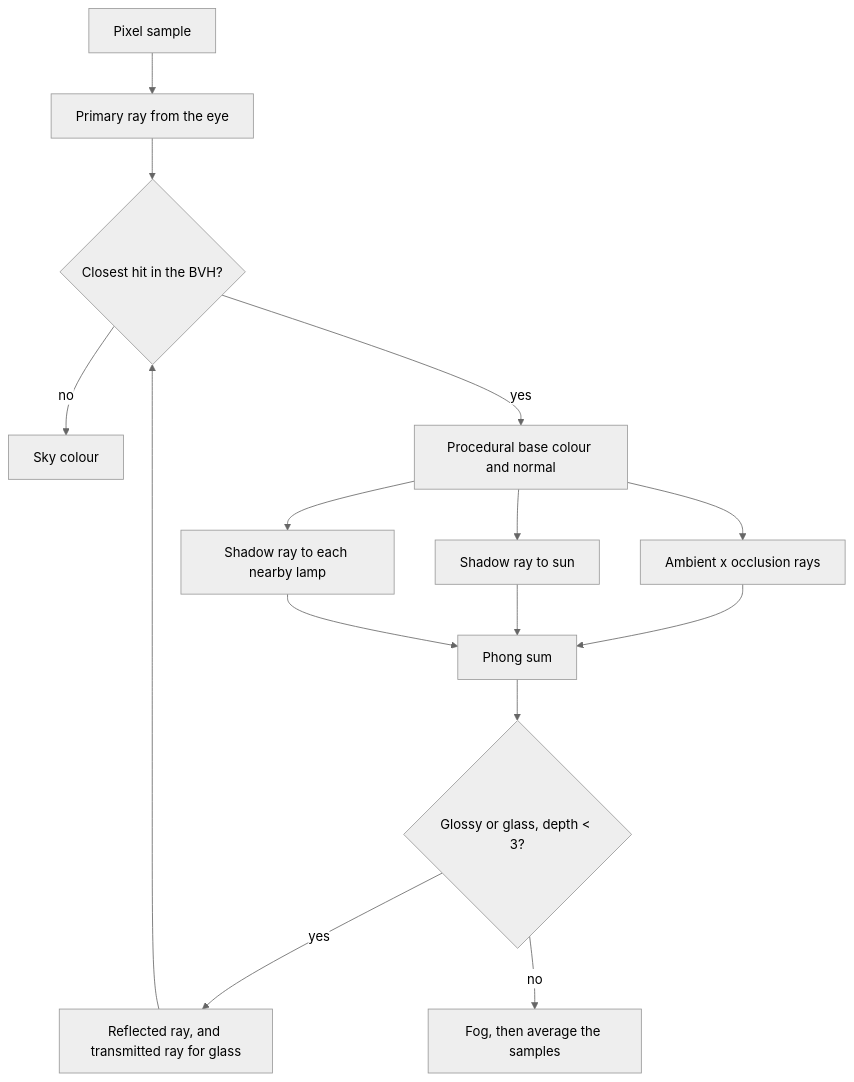
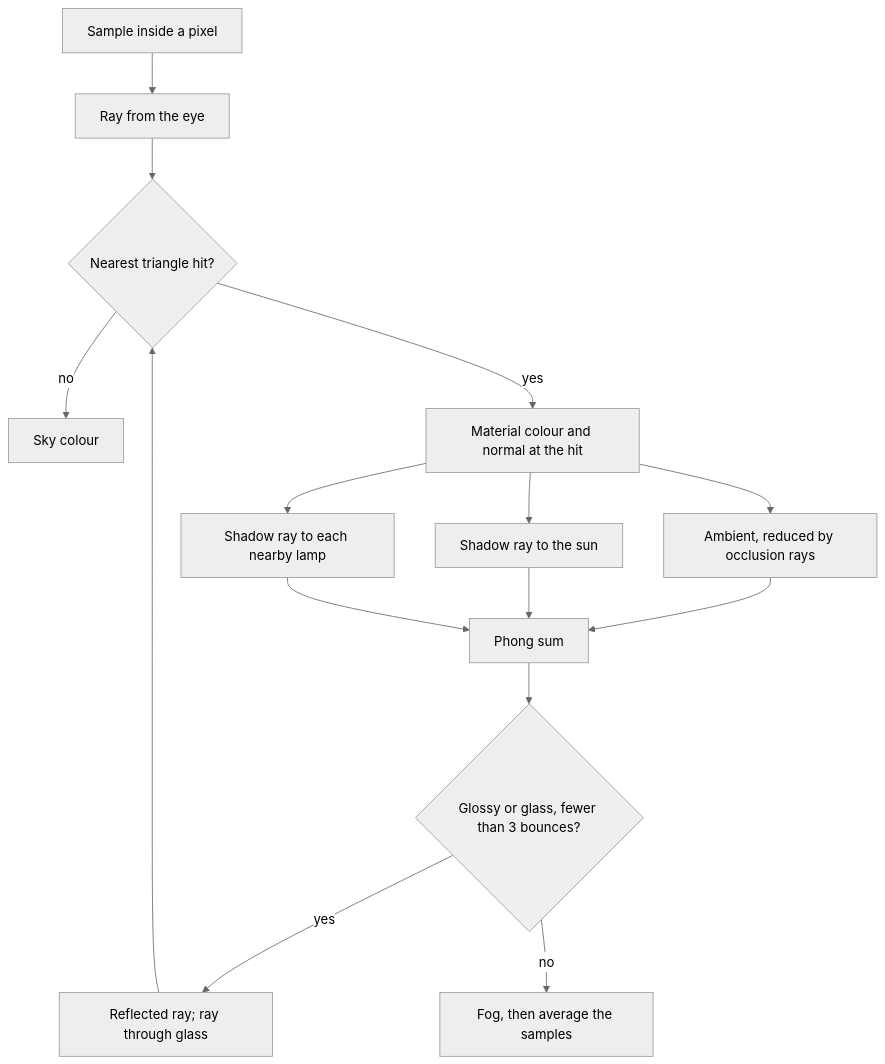
One commit to almahmud0303/KUET_SWC_Graphics changed the third of 3 diagrams in README.md. Above: the diagram before and after it, drawn with Mermaid (neutral theme). The commit also changed other lines of this file, not shown here.

````diff
--- a/README.md
+++ b/README.md
@@ -1216,17 +888,17 @@
 ```mermaid
 flowchart TD
-    A[Pixel sample] --> B[Primary ray from the eye]
-    B --> C{Closest hit in the BVH?}
+    A[Sample inside a pixel] --> B[Ray from the eye]
+    B --> C{Nearest triangle hit?}
     C -- no --> S[Sky colour]
-    C -- yes --> D[Procedural base colour and normal]
-    D --> E[Ambient x occlusion rays]
-    D --> F[Shadow ray to sun]
+    C -- yes --> D[Material colour and normal at the hit]
+    D --> E[Ambient, reduced by occlusion rays]
+    D --> F[Shadow ray to the sun]
     D --> G[Shadow ray to each nearby lamp]
     E --> H[Phong sum]
     F --> H
     G --> H
-    H --> I{Glossy or glass, depth < 3?}
-    I -- yes --> J[Reflected ray, and transmitted ray for glass]
+    H --> I{Glossy or glass, fewer than 3 bounces?}
+    I -- yes --> J[Reflected ray; ray through glass]
     J --> C
     I -- no --> K[Fog, then average the samples]
 ```
````
